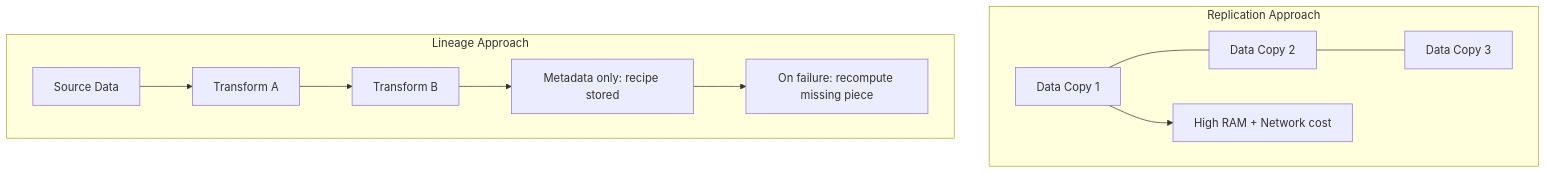
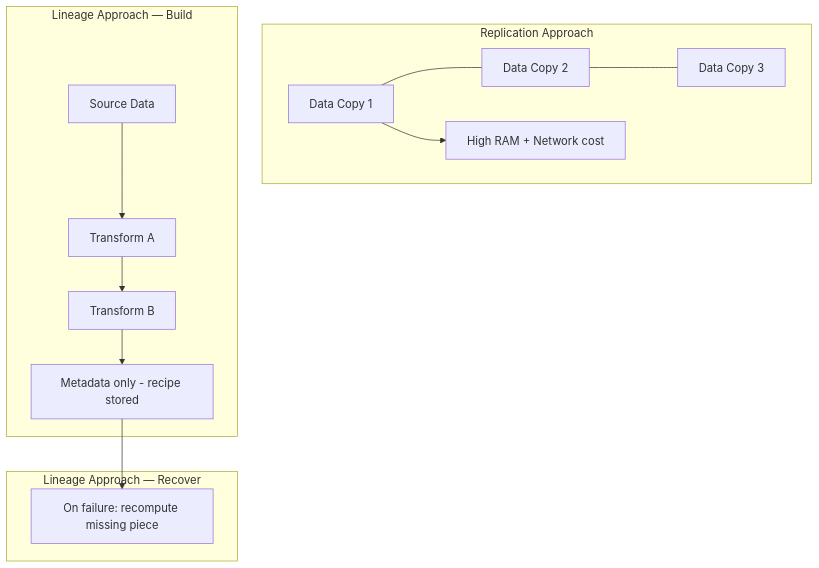
The second of 2 diagrams in bits-pilani/trimester-3/notes/big-data-platforms-and-analytics/week-07/02-challenges-of-distributed-memory-recovery-transcript.md (hsoni92/ml-workbook), drawn with Mermaid before and after one commit. The commit also changed 59 other files, not shown here.

````diff
--- a/bits-pilani/trimester-3/notes/big-data-platforms-and-analytics/week-07/02-challenges-of-distributed-memory-recovery-transcript.md
+++ b/bits-pilani/trimester-3/notes/big-data-platforms-and-analytics/week-07/02-challenges-of-distributed-memory-recovery-transcript.md
@@ -68,12 +68,15 @@
 ```mermaid
 flowchart TB
     subgraph Replication["Replication Approach"]
         R1[Data Copy 1] --- R2[Data Copy 2] --- R3[Data Copy 3]
         R1 --> RN[High RAM + Network cost]
     end
-    subgraph Lineage["Lineage Approach"]
-        L1[Source Data] --> L2[Transform A] --> L3[Transform B]
-        L3 --> LM[Metadata only: recipe stored]
-        LM --> LR[On failure: recompute missing piece]
+    subgraph LineageBuild["Lineage Approach — Build"]
+        L1[Source Data] --> L2[Transform A]
+        L2 --> L3[Transform B]
+        L3 --> LM["Metadata only - recipe stored"]
+    end
+    subgraph LineageRecover["Lineage Approach — Recover"]
+        LM --> RCRV["On failure: recompute missing piece"]
     end
 ```
````
